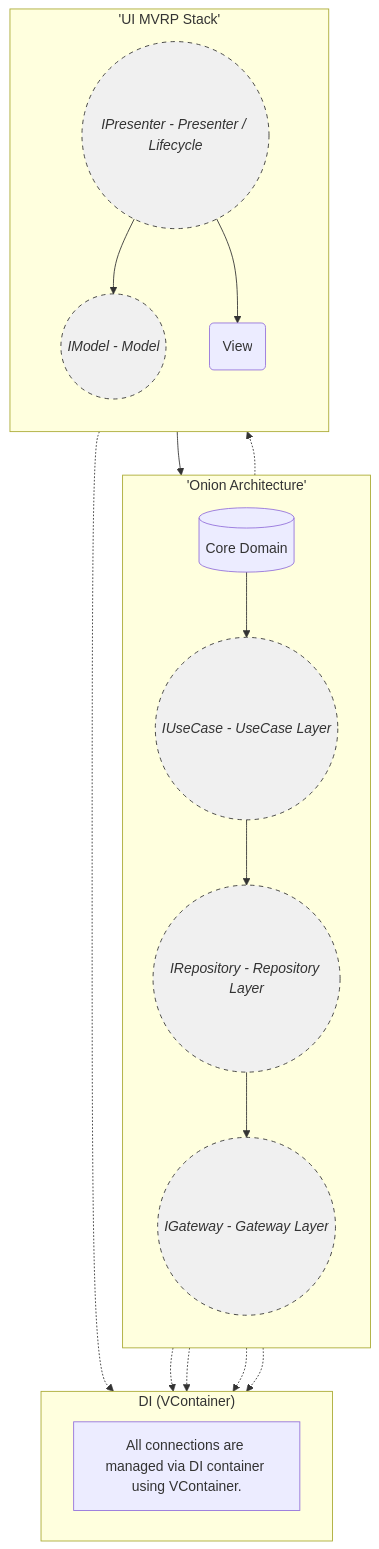
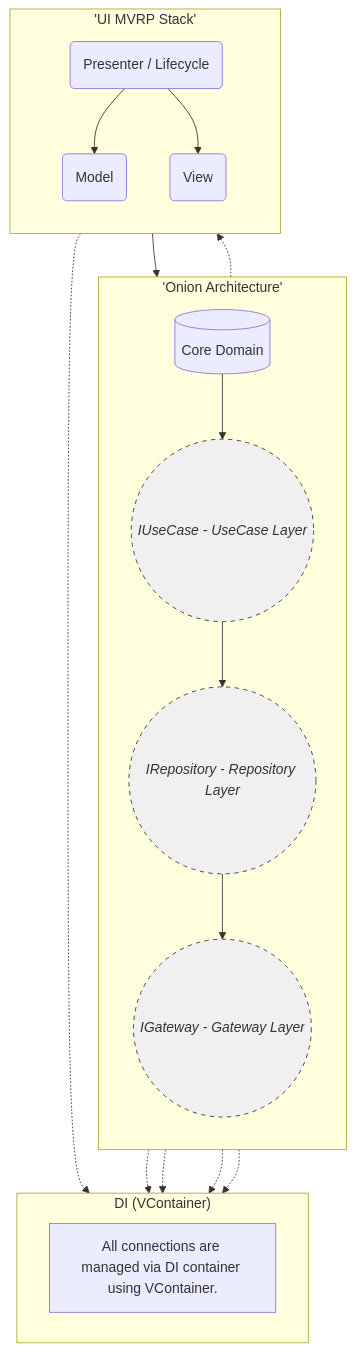
The diagram in ui-storyboard/undefined/undefined.md (kwan3854/UnityUIStoryboard-Docs), drawn with Mermaid before and after one commit.

Commit message:
GITBOOK-37: No subject

````diff
--- a/ui-storyboard/undefined/undefined.md
+++ b/ui-storyboard/undefined/undefined.md
@@ -3,47 +3,47 @@
 ```mermaid
 flowchart TB
     %% Onion Architecture Subgraph
     subgraph 'Onion Architecture'
       direction TB
       CoreDomain[(Core Domain)]
       UseCases((IUseCase - UseCase Layer))
       Repository((IRepository - Repository Layer))
       Gateway((IGateway - Gateway Layer))
     end
 
     %% UI Subgraph
     subgraph UI_MVRP_Stack['UI MVRP Stack']
       direction TB
-      Presenter((IPresenter - Presenter / Lifecycle))
-      Model((IModel - Model))
+      Presenter(Presenter / Lifecycle)
+      Model(Model)
       View(View)
     end
 
     %% Core Domain is the base for the entire architecture, including UI
     CoreDomain -.-> UI_MVRP_Stack
 
     %% Connections between layers
     CoreDomain --> UseCases
     UseCases --> Repository
     Repository --> Gateway
     
     Presenter --> UseCases
     Presenter --> Model
     Presenter --> View
 
     %% Notes and Dependency Injection
     classDef interface fill:#f0f0f0,stroke:#333,stroke-width:1px,stroke-dasharray: 5 5,color:#333,font-style:italic;
 
     %% Apply interface style
-    class UseCases,Repository,Gateway,Presenter,Model interface
+    class UseCases,Repository,Gateway interface
 
     %% Dependency Injection Explanation
     subgraph DependencyInjection["DI (VContainer)"]
       note1[All connections are managed via DI container using VContainer.]
     end
     CoreDomain -.-> DependencyInjection
     UseCases -.-> DependencyInjection
     Repository -.-> DependencyInjection
     Gateway -.-> DependencyInjection
     UI_MVRP_Stack -.-> DependencyInjection
 ```
````
